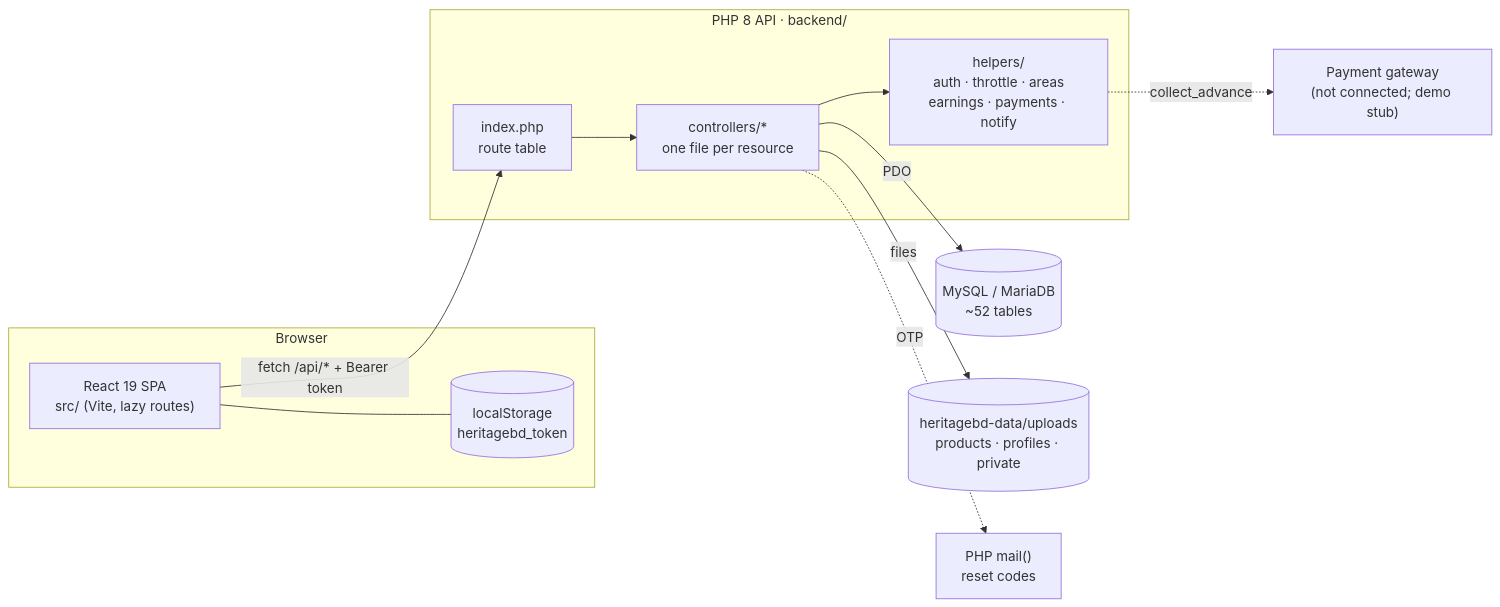
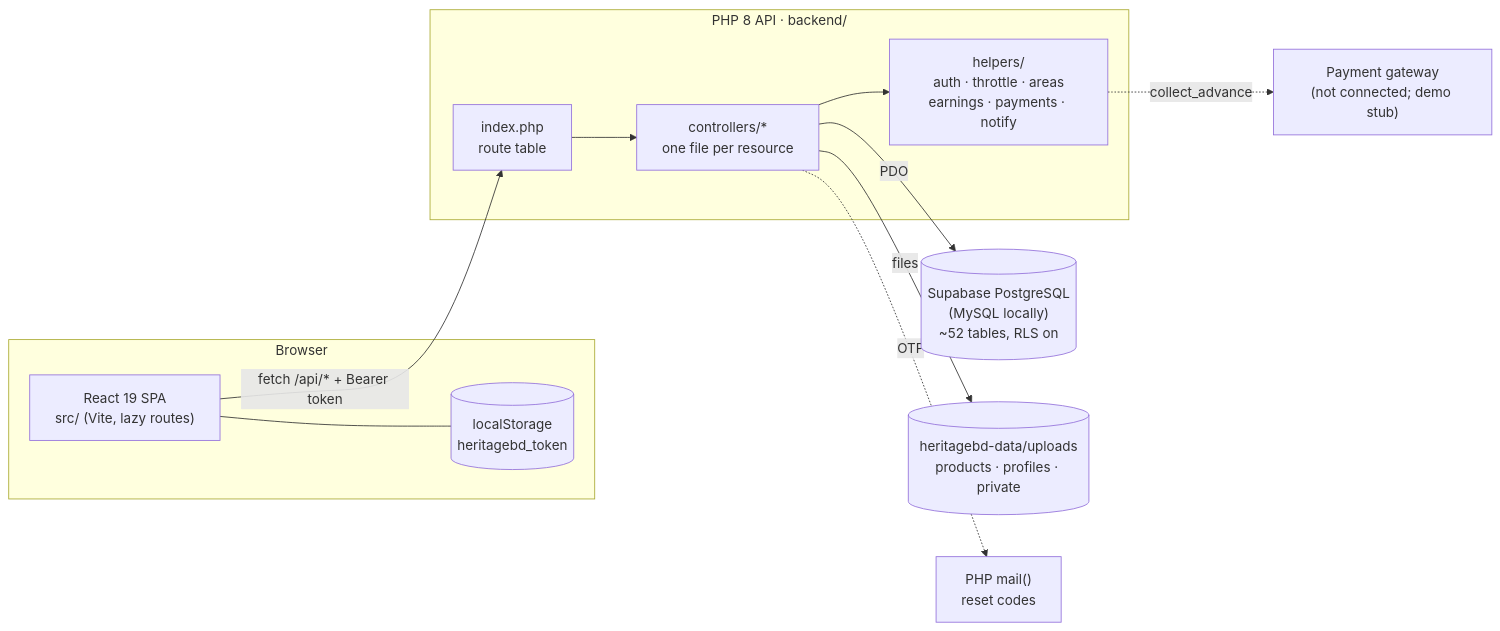
The first of 14 diagrams in docs/diagrams.md (Monika-Akter47/heritagebd), drawn with Mermaid before and after one commit. The commit also changed other lines of this file and 33 other files, not shown here.

````diff
--- a/docs/diagrams.md
+++ b/docs/diagrams.md
@@ -27,24 +28,24 @@
 ```mermaid
 flowchart LR
     subgraph Browser
         SPA["React 19 SPA<br/>src/ (Vite, lazy routes)"]
         LS[("localStorage<br/>heritagebd_token")]
         SPA --- LS
     end
     subgraph API["PHP 8 API · backend/"]
         IDX["index.php<br/>route table"]
         CTRL["controllers/*<br/>one file per resource"]
         HLP["helpers/<br/>auth · throttle · areas<br/>earnings · payments · notify"]
         IDX --> CTRL --> HLP
     end
-    DB[("MySQL / MariaDB<br/>~52 tables")]
+    DB[("Supabase PostgreSQL<br/>(MySQL locally)<br/>~52 tables, RLS on")]
     FS[("heritagebd-data/uploads<br/>products · profiles · private")]
     PAY["Payment gateway<br/>(not connected; demo stub)"]
     MAIL["PHP mail()<br/>reset codes"]
 
     SPA -- "fetch /api/* + Bearer token" --> IDX
     CTRL -- PDO --> DB
     CTRL -- files --> FS
     HLP -. collect_advance .-> PAY
     CTRL -. OTP .-> MAIL
 ```
````
